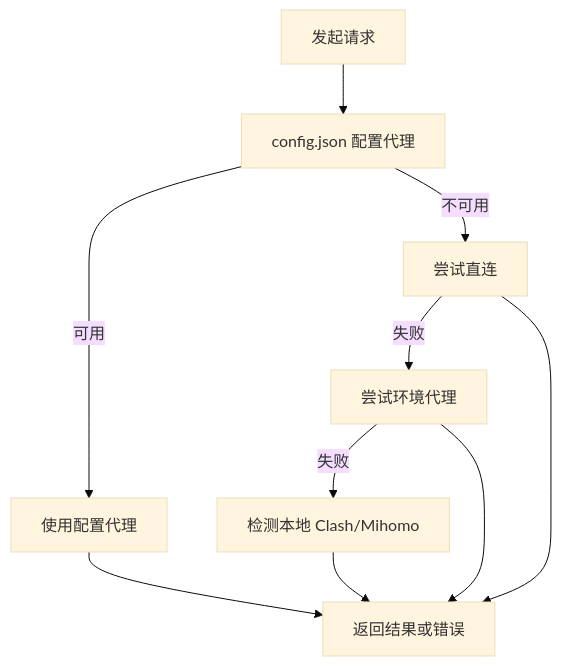
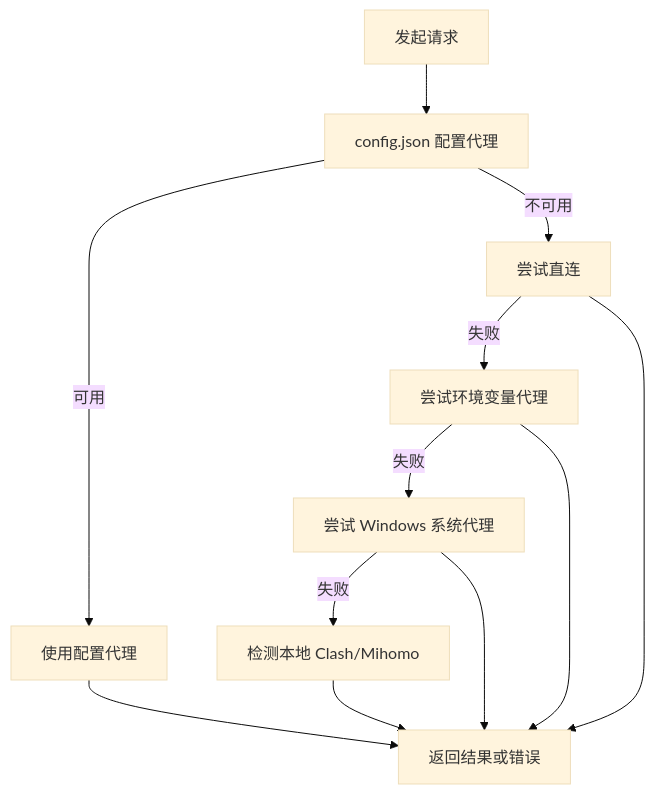
The third of 3 diagrams in README.md (vegetpig/super-imyaigc-signin), drawn with Mermaid (base theme) before and after one commit. The commit also changed other lines of this file and 15 other files, not shown here.

Commit message:
Harden zero-install flow and remove local secrets

````diff
--- a/README.md
+++ b/README.md
@@ -278,12 +302,14 @@
 ```mermaid
 flowchart TD
     Start["发起请求"] --> Config["config.json 配置代理"]
     Config -->|可用| Proxy["使用配置代理"]
     Config -->|不可用| Direct["尝试直连"]
-    Direct -->|失败| Env["尝试环境代理"]
-    Env -->|失败| Local["检测本地 Clash/Mihomo"]
+    Direct -->|失败| Env["尝试环境变量代理"]
+    Env -->|失败| System["尝试 Windows 系统代理"]
+    System -->|失败| Local["检测本地 Clash/Mihomo"]
     Local --> Done["返回结果或错误"]
     Proxy --> Done
     Direct --> Done
     Env --> Done
+    System --> Done
 ```
````
